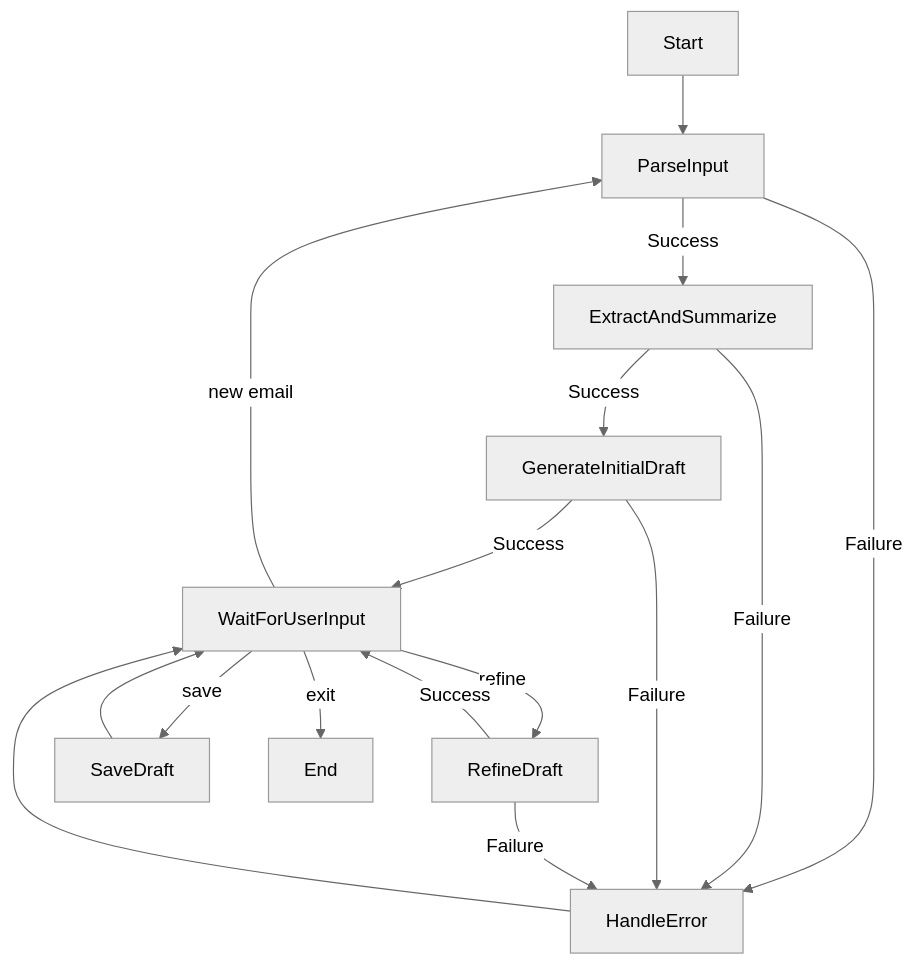
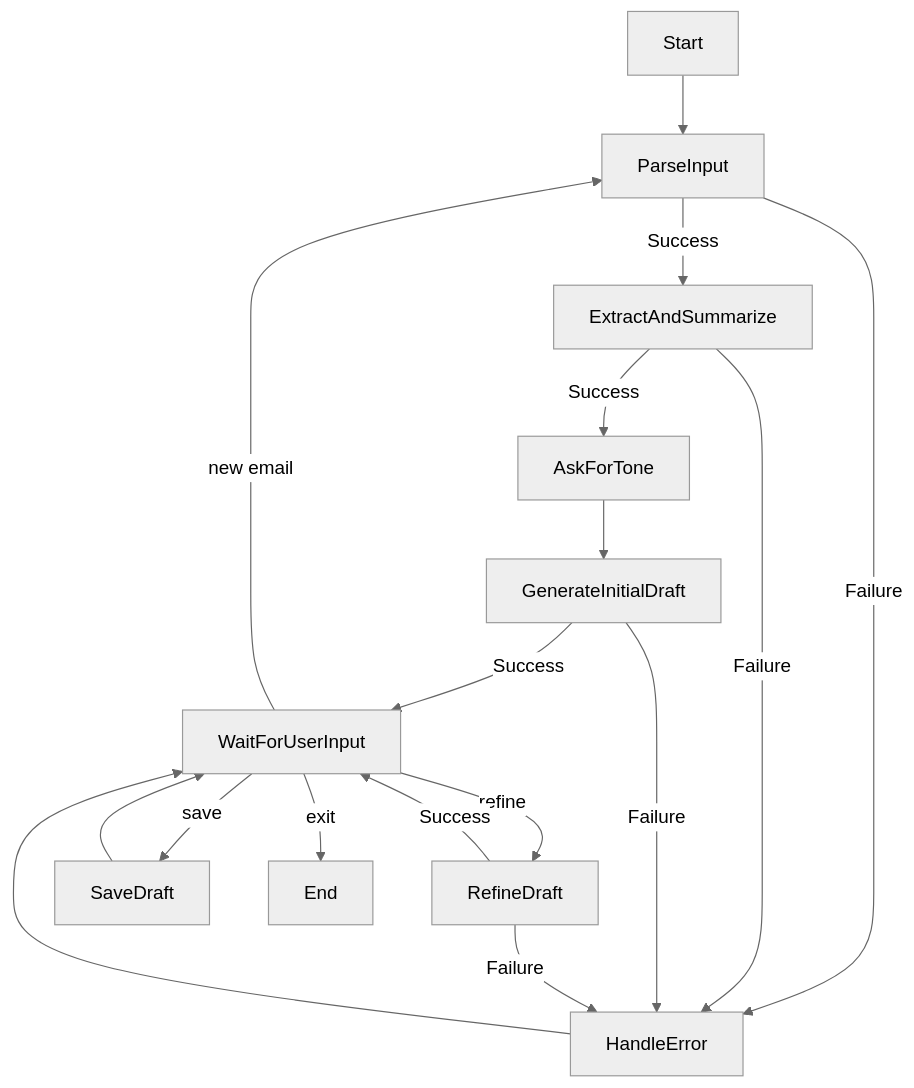
One commit to RayKMAllen/eassistant changed the second of 2 diagrams in docs/Architectural_Plan.md. Above: the diagram before and after it, drawn with Mermaid (neutral theme). The commit also changed other lines of this file and 1 other file, not shown here.

Commit message:
add milestone 5 to todo

````diff
--- a/docs/Architectural_Plan.md
+++ b/docs/Architectural_Plan.md
@@ -94,18 +95,19 @@
 ```mermaid
 graph TD
     Start --> ParseInput
     ParseInput -- Success --> ExtractAndSummarize
     ParseInput -- Failure --> HandleError
-    ExtractAndSummarize -- Success --> GenerateInitialDraft
+    ExtractAndSummarize -- Success --> AskForTone
     ExtractAndSummarize -- Failure --> HandleError
+    AskForTone --> GenerateInitialDraft
     GenerateInitialDraft -- Success --> WaitForUserInput
     GenerateInitialDraft -- Failure --> HandleError
     WaitForUserInput -- "refine" --> RefineDraft
     WaitForUserInput -- "save" --> SaveDraft
     WaitForUserInput -- "new email" --> ParseInput
     WaitForUserInput -- "exit" --> End
     RefineDraft -- Success --> WaitForUserInput
     RefineDraft -- Failure --> HandleError
     SaveDraft --> WaitForUserInput
     HandleError --> WaitForUserInput
 ```
````
